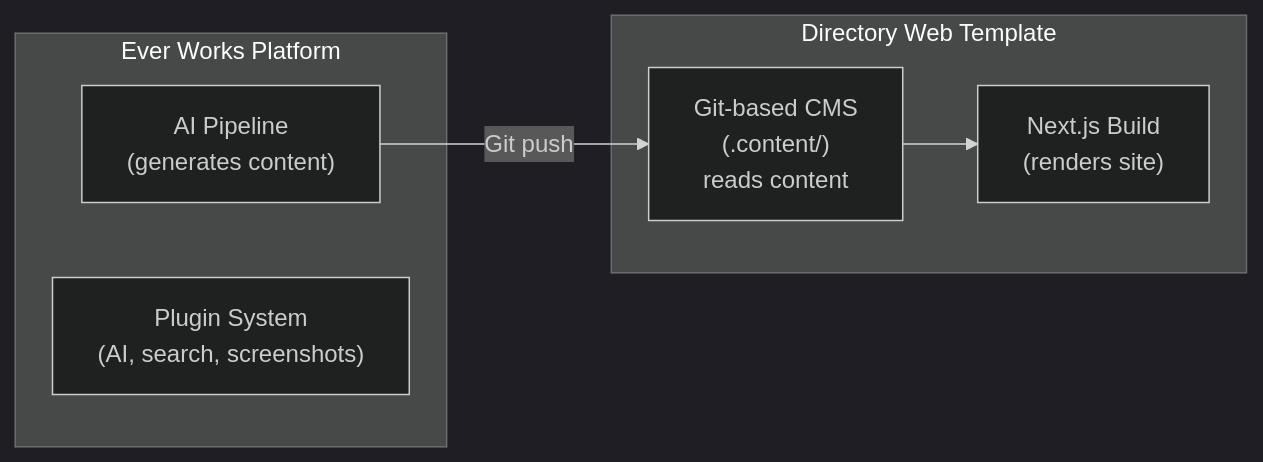
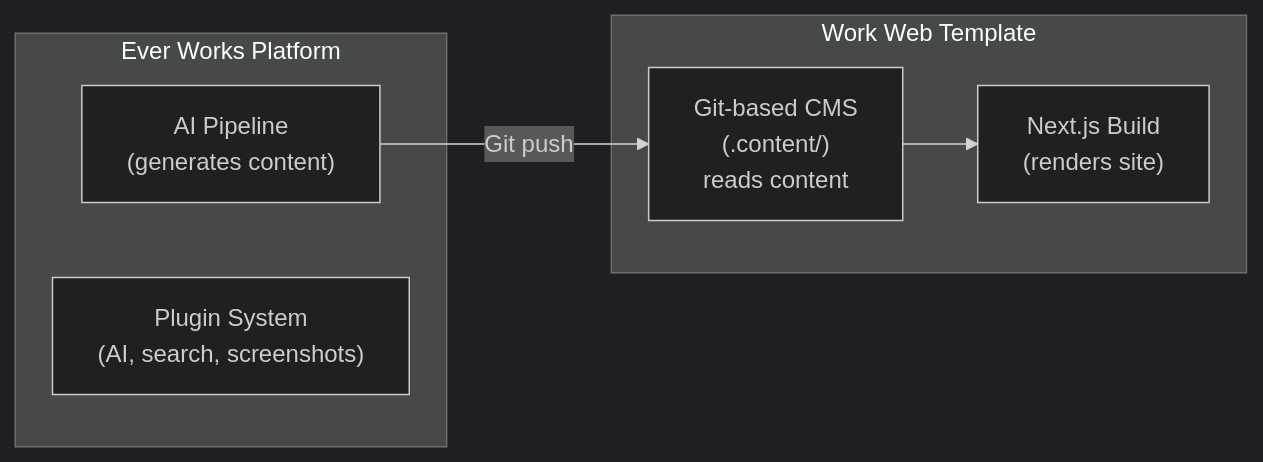
Before and after one commit to ever-works/ever-works: the first of 4 diagrams in docs/comparison.md, drawn with Mermaid (dark theme). The commit also changed other lines of this file and 395 other files, not shown here.

````diff
--- a/docs/comparison.md
+++ b/docs/comparison.md
@@ -92,13 +92,13 @@
 ```mermaid
 flowchart LR
     subgraph Platform["Ever Works Platform"]
         AI["AI Pipeline<br/>(generates content)"]
         Plugins["Plugin System<br/>(AI, search, screenshots)"]
     end
-    subgraph Template["Directory Web Template"]
+    subgraph Template["Work Web Template"]
         CMS["Git-based CMS<br/>(.content/)<br/>reads content"]
         Next["Next.js Build<br/>(renders site)"]
         CMS --> Next
     end
     AI -- "Git push" --> CMS
 ```
````
